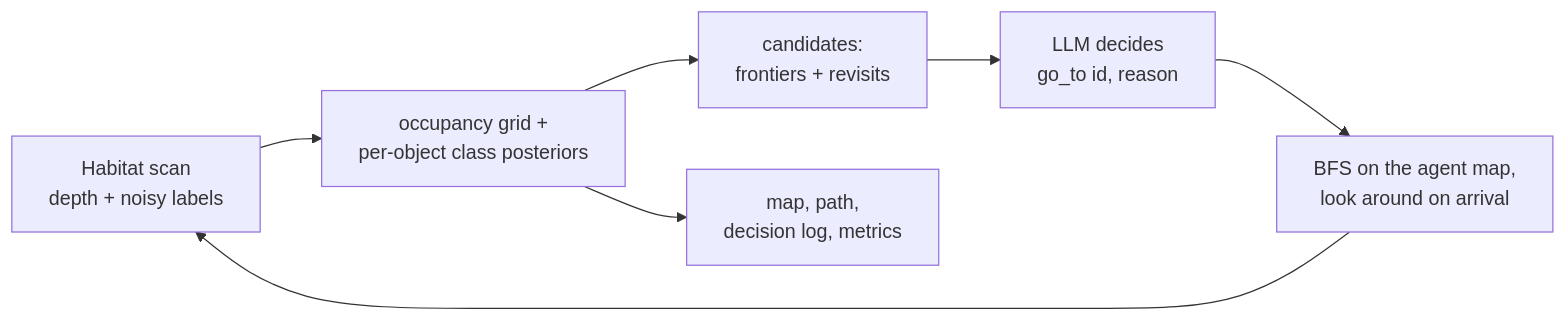
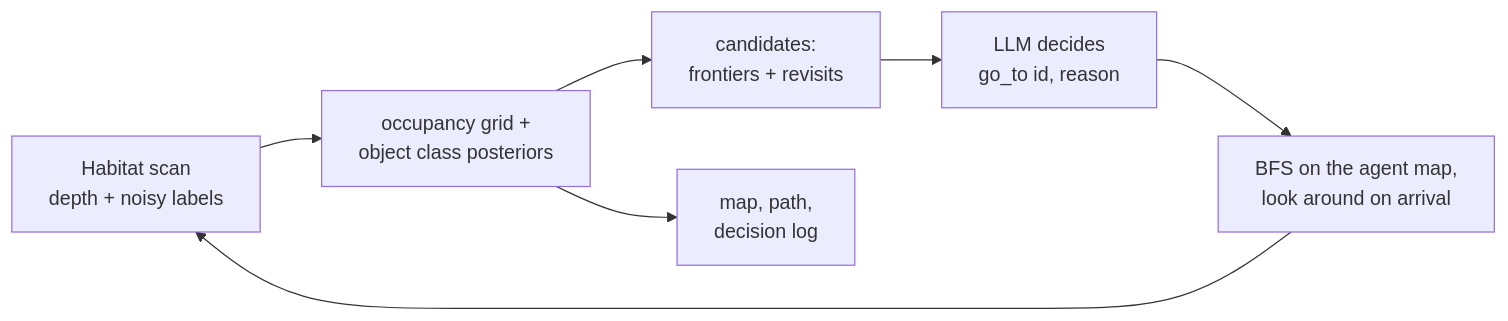
One commit to Yang251552/agentic-mapping-sim changed the diagram in README.md. Above: the diagram before and after it, drawn with Mermaid. The commit also changed other lines of this file, not shown here.

````diff
--- a/README.md
+++ b/README.md
@@ -24,9 +34,9 @@
 ```mermaid
 flowchart LR
-  E[Habitat scan<br/>depth + noisy labels] --> M[occupancy grid +<br/>per-object class posteriors]
+  E[Habitat scan<br/>depth + noisy labels] --> M[occupancy grid +<br/>object class posteriors]
   M --> C[candidates:<br/>frontiers + revisits]
   C --> D[LLM decides<br/>go_to id, reason]
   D --> P[BFS on the agent map,<br/>look around on arrival]
   P --> E
-  M --> O[map, path,<br/>decision log, metrics]
+  M --> O[map, path,<br/>decision log]
 ```
````
